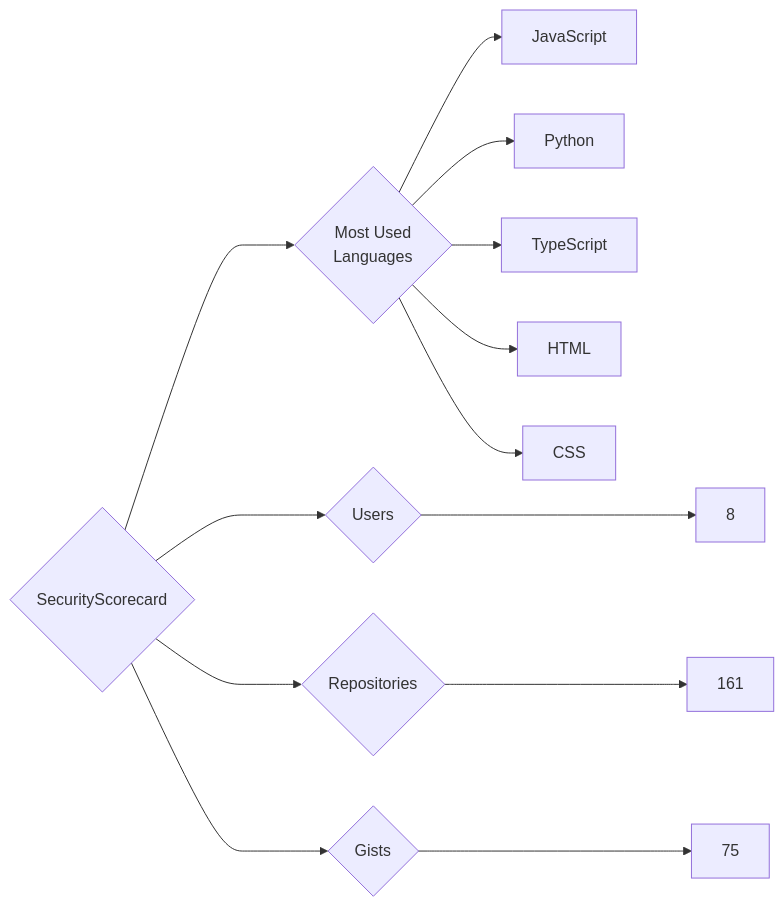
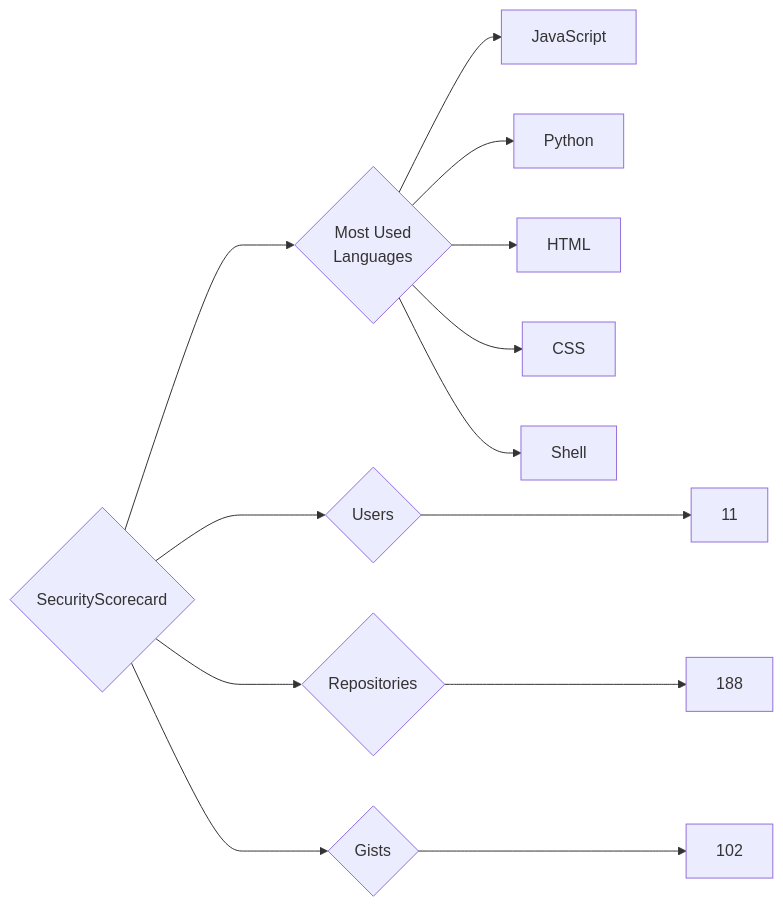
One commit to trickest/insiders changed the diagram in targets/SecurityScorecard/README.md. Above: the diagram before and after it, drawn with Mermaid. The commit also changed 797 other files, not shown here.

````diff
--- a/targets/SecurityScorecard/README.md
+++ b/targets/SecurityScorecard/README.md
@@ -3,13 +3,13 @@
 ```mermaid
 graph LR
 COMPANY_NAME{SecurityScorecard}
-COMPANY_NAME ---> U{Users} ---> UN[8]
-COMPANY_NAME ---> R{Repositories} ---> RN[161]
-COMPANY_NAME ---> G{Gists} ---> GN[75]
+COMPANY_NAME ---> U{Users} ---> UN[11]
+COMPANY_NAME ---> R{Repositories} ---> RN[188]
+COMPANY_NAME ---> G{Gists} ---> GN[102]
 COMPANY_NAME ---> ML{Most Used<br>Languages}
 ML --> JavaScript[JavaScript]
 ML --> Python[Python]
-ML --> TypeScript[TypeScript]
 ML --> HTML[HTML]
 ML --> CSS[CSS]
+ML --> Shell[Shell]
 ```
````
